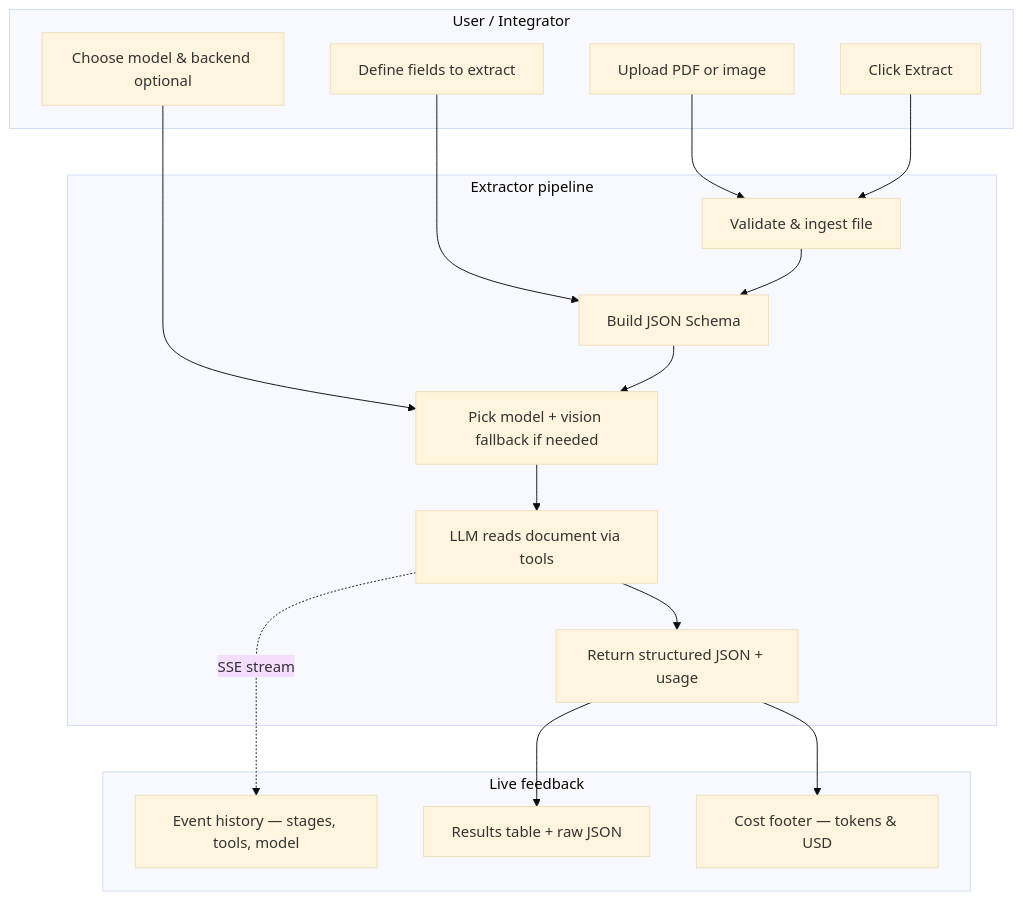
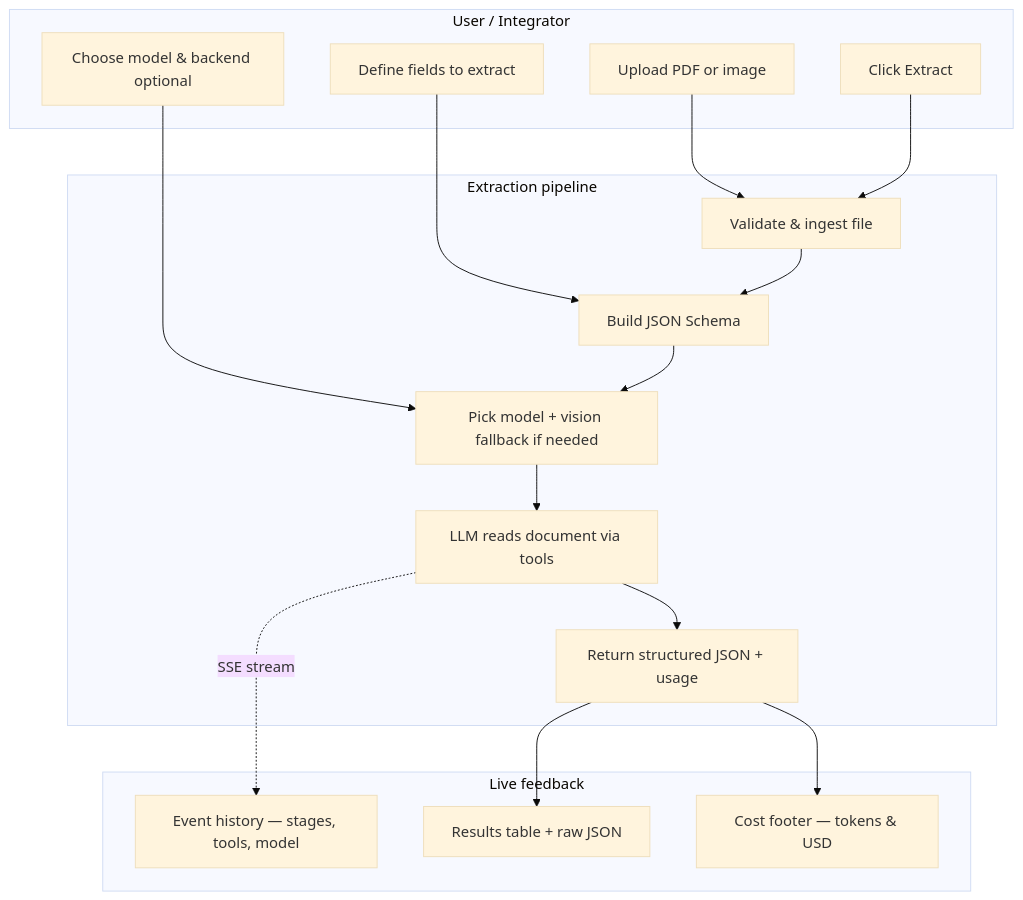
One commit to krunalvaghani/structured-doc-agent changed the first of 5 diagrams in ARCHITECTURE.md. Above: the diagram before and after it, drawn with Mermaid (base theme). The commit also changed other lines of this file and 1 other file, not shown here.

First line of the commit message:
Rewrite architecture and spec as standalone product docs.

````diff
--- a/ARCHITECTURE.md
+++ b/ARCHITECTURE.md
@@ -32,32 +32,32 @@
 ```mermaid
 flowchart TB
   subgraph User["User / Integrator"]
     A[Upload PDF or image]
     B[Define fields to extract]
     C[Choose model & backend optional]
     D[Click Extract]
   end
 
-  subgraph System["Extractor pipeline"]
+  subgraph System["Extraction pipeline"]
     E[Validate & ingest file]
     F[Build JSON Schema]
     G[Pick model + vision fallback if needed]
     H[LLM reads document via tools]
     I[Return structured JSON + usage]
   end
 
   subgraph Feedback["Live feedback"]
     J[Event history — stages, tools, model]
     K[Results table + raw JSON]
     L[Cost footer — tokens & USD]
   end
 
   A --> E
   B --> F
   C --> G
   D --> E
   E --> F --> G --> H --> I
   H -.->|SSE stream| J
   I --> K
   I --> L
 ```
````
